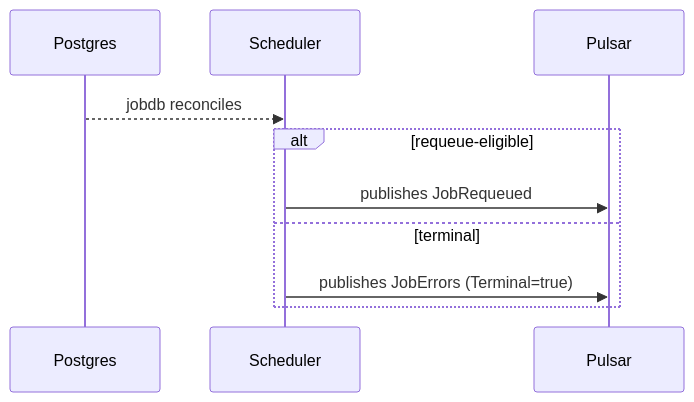
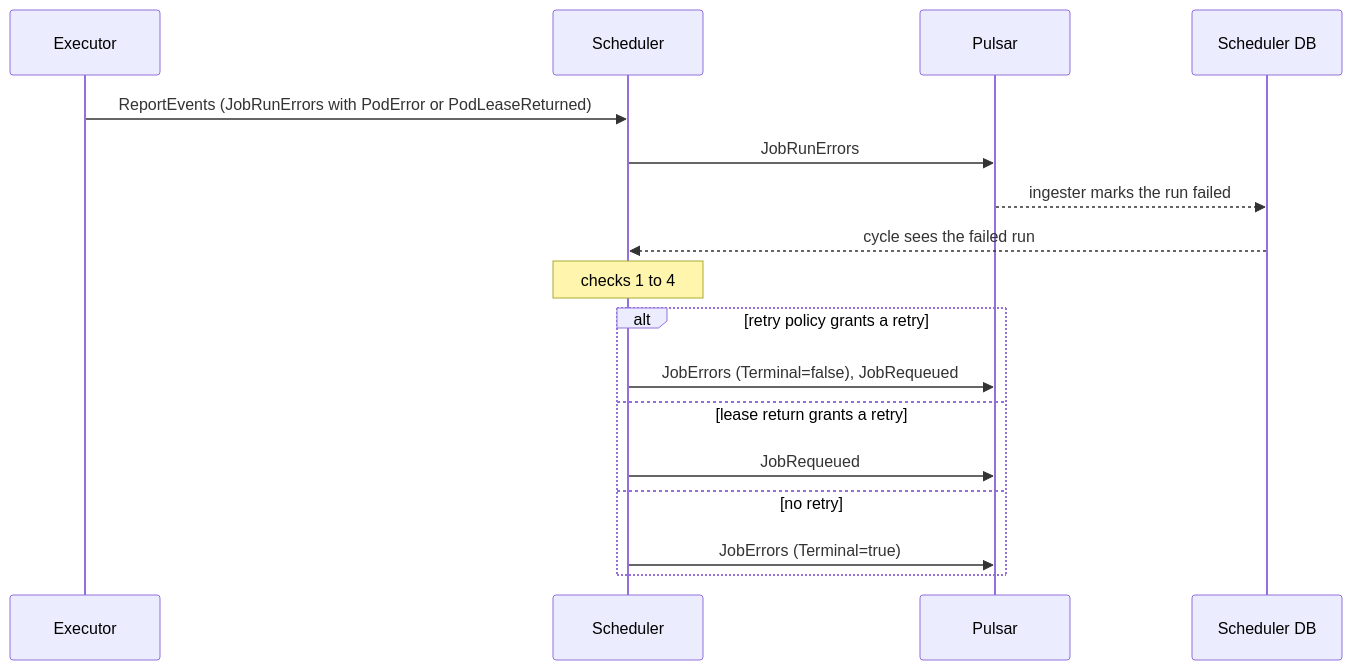
One commit to armadaproject/armada changed the seventh of 11 diagrams in docs/developer/job-lifecycle-events.md. Above: the diagram before and after it, drawn with Mermaid. The commit also changed other lines of this file, not shown here.

First line of the commit message:
Correct and restructure the job lifecycle events doc (#5347)

````diff
--- a/docs/developer/job-lifecycle-events.md
+++ b/docs/developer/job-lifecycle-events.md
@@ -291,12 +457,19 @@
 ```mermaid
 sequenceDiagram
-    participant Pg as Postgres
+    participant E as Executor
     participant Sc as Scheduler
     participant P as Pulsar
-    Pg-->>Sc: jobdb reconciles
-    alt requeue-eligible
-        Sc->>P: publishes JobRequeued
-    else terminal
-        Sc->>P: publishes JobErrors (Terminal=true)
+    participant Pg as Scheduler DB
+    E->>Sc: ReportEvents (JobRunErrors with PodError or PodLeaseReturned)
+    Sc->>P: JobRunErrors
+    P-->>Pg: ingester marks the run failed
+    Pg-->>Sc: cycle sees the failed run
+    Note over Sc: checks 1 to 4
+    alt retry policy grants a retry
+        Sc->>P: JobErrors (Terminal=false), JobRequeued
+    else lease return grants a retry
+        Sc->>P: JobRequeued
+    else no retry
+        Sc->>P: JobErrors (Terminal=true)
     end
 ```
````
